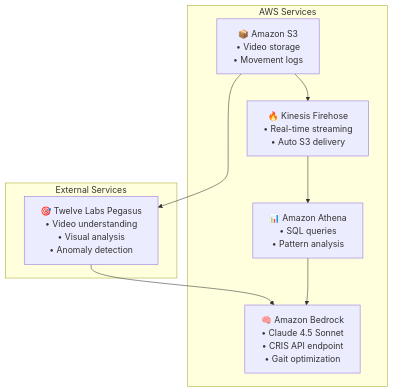
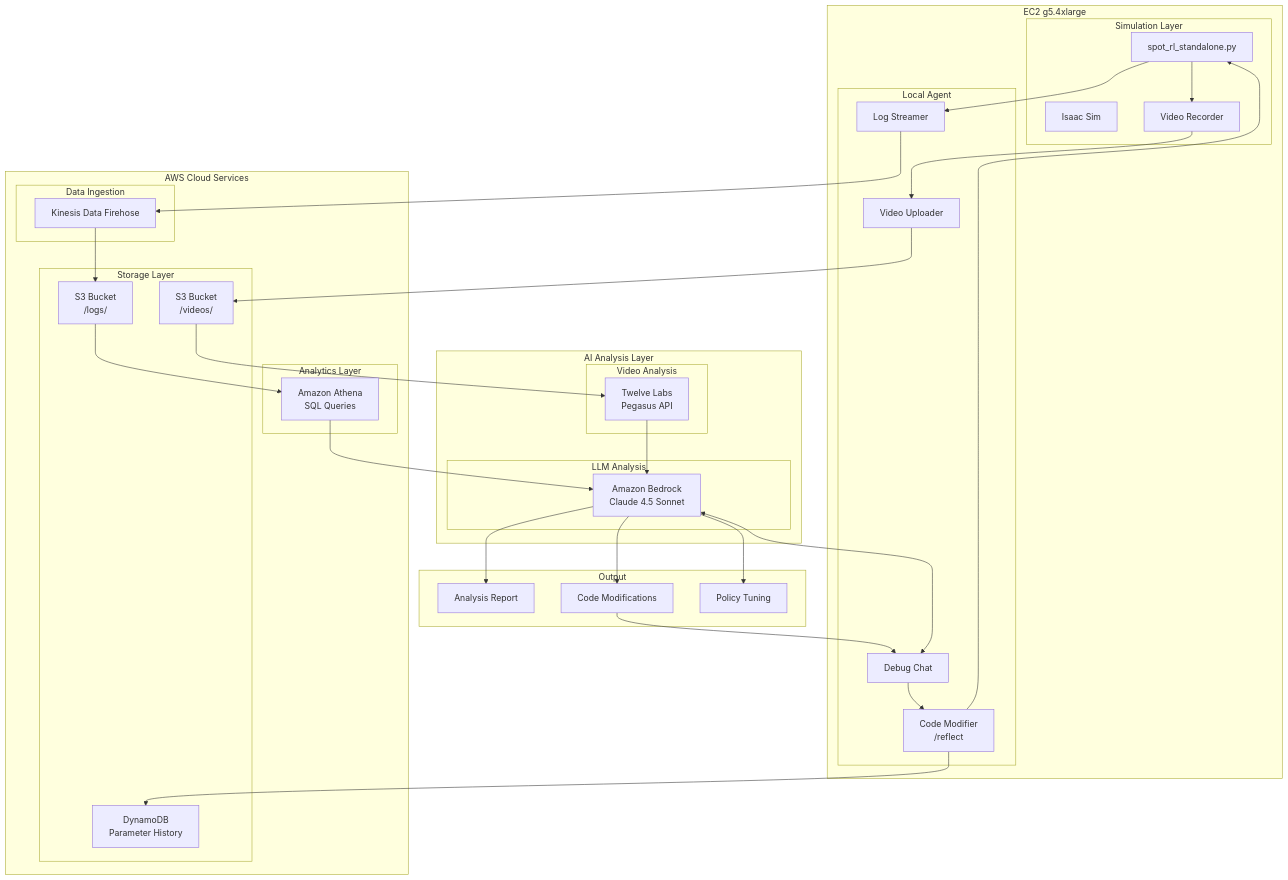
The second of 3 diagrams in README.md (heungh/isaac_robot_test), drawn with Mermaid before and after one commit. The commit also changed other lines of this file and 12 other files, not shown here.

````diff
--- a/README.md
+++ b/README.md
@@ -285,19 +37,73 @@
 ```mermaid
 flowchart TB
-    subgraph Services["AWS Services"]
-        S3["📦 Amazon S3<br/>• Video storage<br/>• Movement logs"]
-        Firehose["🔥 Kinesis Firehose<br/>• Real-time streaming<br/>• Auto S3 delivery"]
-        Athena["📊 Amazon Athena<br/>• SQL queries<br/>• Pattern analysis"]
-        Bedrock["🧠 Amazon Bedrock<br/>• Claude 4.5 Sonnet<br/>• CRIS API endpoint<br/>• Gait optimization"]
+    subgraph EC2["EC2 g5.4xlarge"]
+        subgraph Simulation["Simulation Layer"]
+            Isaac["Isaac Sim"]
+            Standalone["spot_rl_standalone.py"]
+            VideoRec["Video Recorder"]
+        end
+
+        subgraph LocalAgent["Local Agent"]
+            LogAgent["Log Streamer"]
+            VideoUploader["Video Uploader"]
+            ChatClient["Debug Chat"]
+            CodeMod["Code Modifier<br/>/reflect"]
+        end
     end
 
-    subgraph External["External Services"]
-        Pegasus["🎯 Twelve Labs Pegasus<br/>• Video understanding<br/>• Visual analysis<br/>• Anomaly detection"]
+    subgraph AWS["AWS Cloud Services"]
+        subgraph Ingestion["Data Ingestion"]
+            Firehose["Kinesis Data Firehose"]
+        end
+
+        subgraph Storage["Storage Layer"]
+            S3Logs["S3 Bucket<br/>/logs/"]
+            S3Videos["S3 Bucket<br/>/videos/"]
+            DynamoDB["DynamoDB<br/>Parameter History"]
+        end
+
+        subgraph Analytics["Analytics Layer"]
+            Athena["Amazon Athena<br/>SQL Queries"]
+        end
     end
 
-    S3 --> Firehose
-    Firehose --> Athena
-    S3 --> Pegasus
+    subgraph AI["AI Analysis Layer"]
+        subgraph VideoAI["Video Analysis"]
+            Pegasus["Twelve Labs<br/>Pegasus API"]
+        end
+
+        subgraph LLM["LLM Analysis"]
+            Bedrock["Amazon Bedrock<br/>Claude 4.5 Sonnet"]
+        end
+    end
+
+    subgraph Output["Output"]
+        Analysis["Analysis Report"]
+        CodeFix["Code Modifications"]
+        PolicyTune["Policy Tuning"]
+    end
+
+    Standalone --> LogAgent
+    Standalone --> VideoRec
+    VideoRec --> VideoUploader
+
+    LogAgent --> Firehose
+    Firehose --> S3Logs
+    VideoUploader --> S3Videos
+
+    S3Logs --> Athena
+    S3Videos --> Pegasus
+
+    Athena --> Bedrock
     Pegasus --> Bedrock
-    Athena --> Bedrock
+    ChatClient <--> Bedrock
+
+    Bedrock --> Analysis
+    Bedrock --> CodeFix
+    Bedrock --> PolicyTune
+
+    CodeFix --> ChatClient
+    ChatClient --> CodeMod
+    CodeMod --> Standalone
+    CodeMod --> DynamoDB
 ```
````
